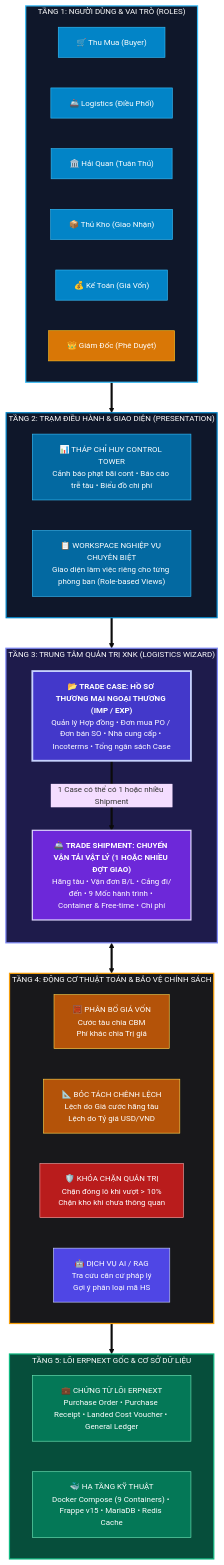
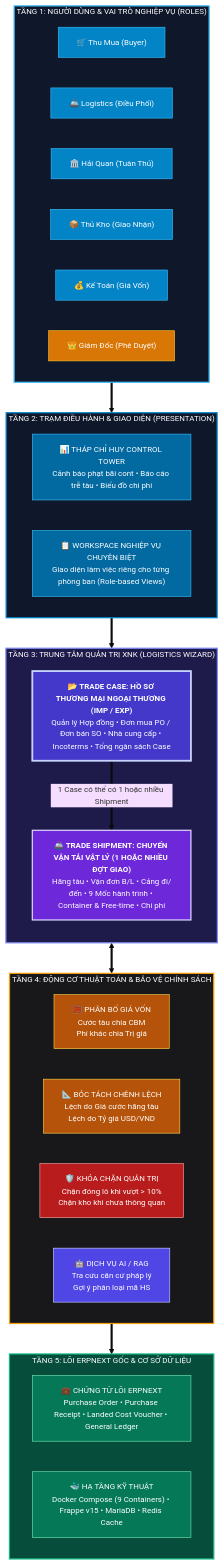
One commit to capkimkhanh2k5/Logistics_ERPNext_RAG changed the first of 3 diagrams in KIEN_TRUC_HE_THONG_QUAN_TRI_XUAT_NHAP_KHAU.md. Above: the diagram before and after it, drawn with Mermaid. The commit also changed other lines of this file, not shown here.

Commit message:
docs(architecture): complete full enterprise global trade architecture blueprint with 8 comprehensive chapters

````diff
--- a/KIEN_TRUC_HE_THONG_QUAN_TRI_XUAT_NHAP_KHAU.md
+++ b/KIEN_TRUC_HE_THONG_QUAN_TRI_XUAT_NHAP_KHAU.md
@@ -24,82 +27,82 @@
 ```mermaid
 %%{init: {'theme': 'base', 'themeVariables': { 'fontFamily': 'Arial, sans-serif', 'fontSize': '13px'}}}%%
 flowchart TD
-    %% TẦNG 1: ACTORS
-    subgraph TANG_1["TẦNG 1: NGƯỜI DÙNG & VAI TRÒ (ROLES)"]
+    %% TẦNG 1: VAI TRÒ TÁC NGHIỆP
+    subgraph TANG_1["TẦNG 1: NGƯỜI DÙNG & VAI TRÒ NGHIỆP VỤ (ROLES)"]
         direction LR
         U_BUY["🛒 Thu Mua (Buyer)"]
         U_LOG["🚢 Logistics (Điều Phối)"]
         U_CUS["🏛️ Hải Quan (Tuân Thủ)"]
         U_WH["📦 Thủ Kho (Giao Nhận)"]
         U_ACC["💰 Kế Toán (Giá Vốn)"]
         U_CFO["👑 Giám Đốc (Phê Duyệt)"]
     end
 
-    %% TẦNG 2: GIAO DIỆN
+    %% TẦNG 2: GIAO DIỆN & TRẠM ĐIỀU HÀNH
     subgraph TANG_2["TẦNG 2: TRẠM ĐIỀU HÀNH & GIAO DIỆN (PRESENTATION)"]
         direction LR
         DASH["📊 THÁP CHỈ HUY CONTROL TOWER<br>Cảnh báo phạt bãi cont • Báo cáo trễ tàu • Biểu đồ chi phí"]
         WORK["📋 WORKSPACE NGHIỆP VỤ CHUYÊN BIỆT<br>Giao diện làm việc riêng cho từng phòng ban (Role-based Views)"]
     end
 
-    %% TẦNG 3: TRADE CASE & SHIPMENT
+    %% TẦNG 3: TRUNG TÂM QUẢN TRỊ XNK
     subgraph TANG_3["TẦNG 3: TRUNG TÂM QUẢN TRỊ XNK (LOGISTICS WIZARD)"]
         direction TB
         
         TC["📂 <b>TRADE CASE: HỒ SƠ THƯƠNG MẠI NGOẠI THƯƠNG (IMP / EXP)</b><br>Quản lý Hợp đồng • Đơn mua PO / Đơn bán SO • Nhà cung cấp • Incoterms • Tổng ngân sách Case"]
         
         SHP["🚢 <b>TRADE SHIPMENT: CHUYẾN VẬN TẢI VẬT LÝ (1 HOẶC NHIỀU ĐỢT GIAO)</b><br>Hãng tàu • Vận đơn B/L • Cảng đi/đến • 9 Mốc hành trình • Container & Free-time • Chi phí"]
 
         TC ==>|"1 Case có thể có 1 hoặc nhiều Shipment"| SHP
     end
 
-    %% TẦNG 4: THUẬT TOÁN
+    %% TẦNG 4: THUẬT TOÁN & BẢO VỆ CHÍNH SÁCH
     subgraph TANG_4["TẦNG 4: ĐỘNG CƠ THUẬT TOÁN & BẢO VỆ CHÍNH SÁCH"]
         direction LR
         E_ALLOC["🧮 PHÂN BỔ GIÁ VỐN<br>Cước tàu chia CBM<br>Phí khác chia Trị giá"]
         E_VAR["📐 BÓC TÁCH CHÊNH LỆCH<br>Lệch do Giá cước hãng tàu<br>Lệch do Tỷ giá USD/VND"]
         E_GATE["🛡️ KHÓA CHẶN QUẢN TRỊ<br>Chặn đóng lô khi vượt > 10%<br>Chặn kho khi chưa thông quan"]
         E_RAG["🤖 DỊCH VỤ AI / RAG<br>Tra cứu căn cứ pháp lý<br>Gợi ý phân loại mã HS"]
     end
 
-    %% TẦNG 5: ERPNEXT & DB
+    %% TẦNG 5: ERPNEXT CORE & INFRASTRUCTURE
     subgraph TANG_5["TẦNG 5: LÕI ERPNEXT GỐC & CƠ SỞ DỮ LIỆU"]
         direction LR
         ERP_DOCS["💼 CHỨNG TỪ LÕI ERPNEXT<br>Purchase Order • Purchase Receipt • Landed Cost Voucher • General Ledger"]
         INFRA_DB["🐳 HẠ TẦNG KỸ THUẬT<br>Docker Compose (9 Containers) • Frappe v15 • MariaDB • Redis Cache"]
     end
 
-    %% LIÊN KẾT GIỮA CÁC TẦNG
+    %% LIÊN KẾT ĐA TẦNG
     TANG_1 ==> TANG_2
     TANG_2 ==> TANG_3
     TANG_3 <==> TANG_4
     TANG_4 ==> TANG_5
 
-    %% MÀU SẮC ĐỘ TƯƠNG PHẢN CAO (NỀN ĐẬM - CHỮ TRẮNG 100%)
+    %% MÀU SẮC ĐỘ TƯƠNG PHẢN CAO
     style TANG_1 fill:#0F172A,stroke:#38BDF8,stroke-width:2px,color:#FFFFFF
     style TANG_2 fill:#0F172A,stroke:#0284C7,stroke-width:2px,color:#FFFFFF
     style TANG_3 fill:#1E1B4B,stroke:#818CF8,stroke-width:2px,color:#FFFFFF
     style TANG_4 fill:#18181B,stroke:#F59E0B,stroke-width:2px,color:#FFFFFF
     style TANG_5 fill:#064E3B,stroke:#10B981,stroke-width:2px,color:#FFFFFF
 
     style U_BUY fill:#0284C7,stroke:#38BDF8,color:#FFFFFF
     style U_LOG fill:#0284C7,stroke:#38BDF8,color:#FFFFFF
     style U_CUS fill:#0284C7,stroke:#38BDF8,color:#FFFFFF
     style U_WH fill:#0284C7,stroke:#38BDF8,color:#FFFFFF
     style U_ACC fill:#0284C7,stroke:#38BDF8,color:#FFFFFF
     style U_CFO fill:#D97706,stroke:#FBBF24,color:#FFFFFF
 
     style DASH fill:#0369A1,stroke:#38BDF8,color:#FFFFFF
     style WORK fill:#0369A1,stroke:#38BDF8,color:#FFFFFF
 
     style TC fill:#4338CA,stroke:#C7D2FE,color:#FFFFFF,stroke-width:3px
     style SHP fill:#6D28D9,stroke:#DDD6FE,color:#FFFFFF,stroke-width:2px
 
     style E_ALLOC fill:#B45309,stroke:#FCD34D,color:#FFFFFF
     style E_VAR fill:#B45309,stroke:#FCD34D,color:#FFFFFF
     style E_GATE fill:#B91C1C,stroke:#FCA5A5,color:#FFFFFF
     style E_RAG fill:#4F46E5,stroke:#C7D2FE,color:#FFFFFF
 
     style ERP_DOCS fill:#047857,stroke:#6EE7B7,color:#FFFFFF
     style INFRA_DB fill:#047857,stroke:#6EE7B7,color:#FFFFFF
 ```
````
